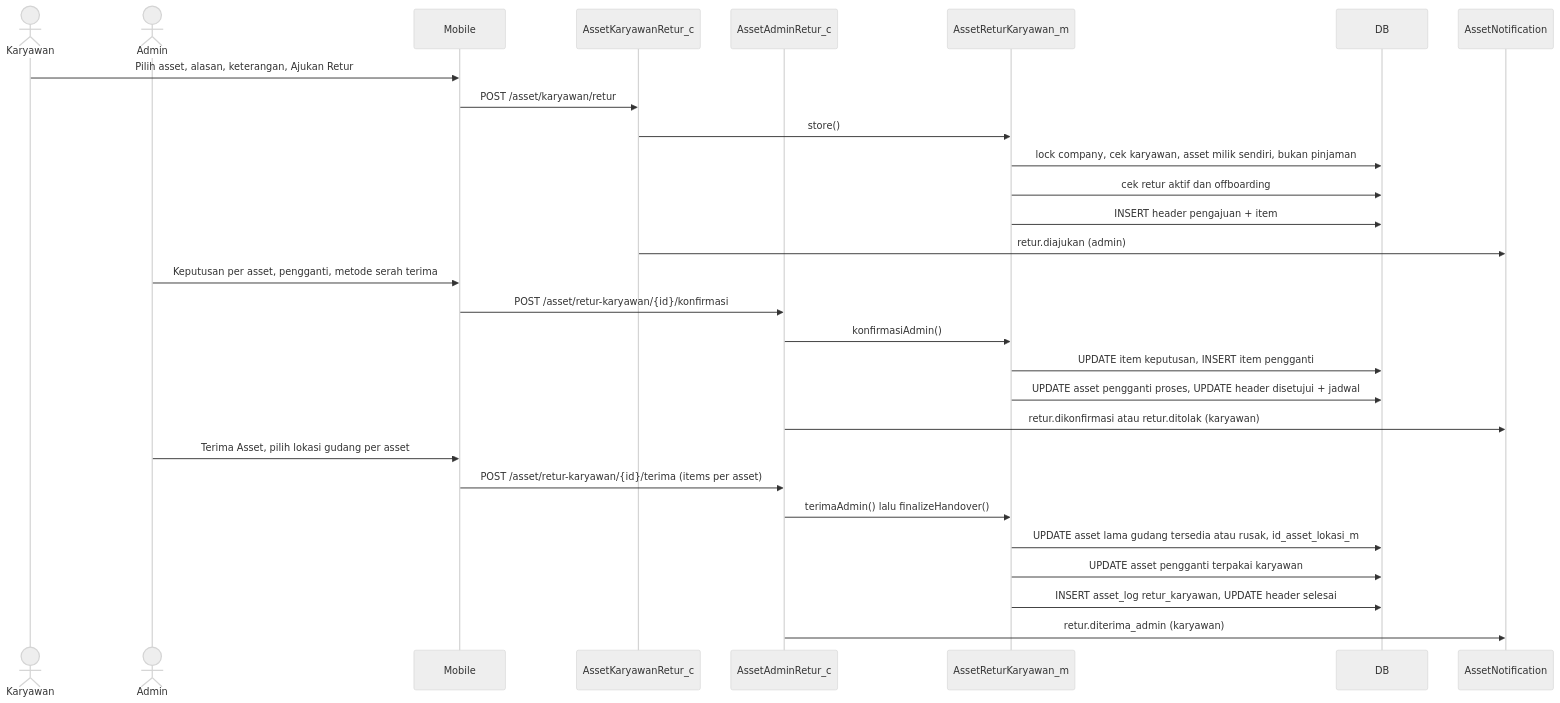
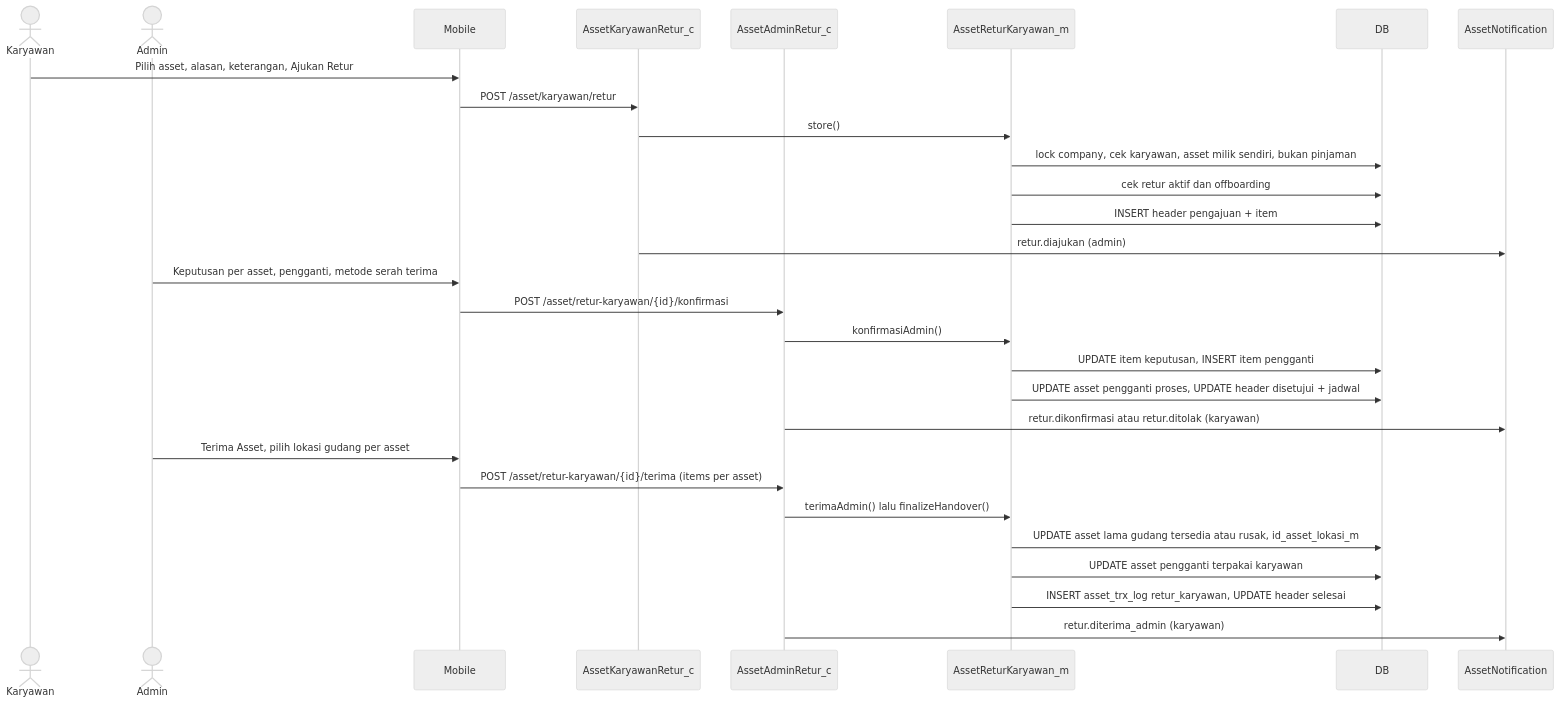
One commit to setiyawan12/DOKUMENTASI-ASSET changed the second of 4 diagrams in dokumentasi-asset-retur-karyawan.md. Above: the diagram before and after it, drawn with Mermaid (neutral theme). The commit also changed other lines of this file and 34 other files, not shown here.

````diff
--- a/dokumentasi-asset-retur-karyawan.md
+++ b/dokumentasi-asset-retur-karyawan.md
@@ -264,32 +264,32 @@
 ```mermaid
 sequenceDiagram
     actor K as Karyawan
     actor A as Admin
     participant M as Mobile
     participant CK as AssetKaryawanRetur_c
     participant CA as AssetAdminRetur_c
     participant R as AssetReturKaryawan_m
     participant DB
     participant N as AssetNotification
 
     K->>M: Pilih asset, alasan, keterangan, Ajukan Retur
     M->>CK: POST /asset/karyawan/retur
     CK->>R: store()
     R->>DB: lock company, cek karyawan, asset milik sendiri, bukan pinjaman
     R->>DB: cek retur aktif dan offboarding
     R->>DB: INSERT header pengajuan + item
     CK->>N: retur.diajukan (admin)
     A->>M: Keputusan per asset, pengganti, metode serah terima
     M->>CA: POST /asset/retur-karyawan/{id}/konfirmasi
     CA->>R: konfirmasiAdmin()
     R->>DB: UPDATE item keputusan, INSERT item pengganti
     R->>DB: UPDATE asset pengganti proses, UPDATE header disetujui + jadwal
     CA->>N: retur.dikonfirmasi atau retur.ditolak (karyawan)
     A->>M: Terima Asset, pilih lokasi gudang per asset
     M->>CA: POST /asset/retur-karyawan/{id}/terima (items per asset)
     CA->>R: terimaAdmin() lalu finalizeHandover()
     R->>DB: UPDATE asset lama gudang tersedia atau rusak, id_asset_lokasi_m
     R->>DB: UPDATE asset pengganti terpakai karyawan
-    R->>DB: INSERT asset_log retur_karyawan, UPDATE header selesai
+    R->>DB: INSERT asset_trx_log retur_karyawan, UPDATE header selesai
     CA->>N: retur.diterima_admin (karyawan)
 ```
````
